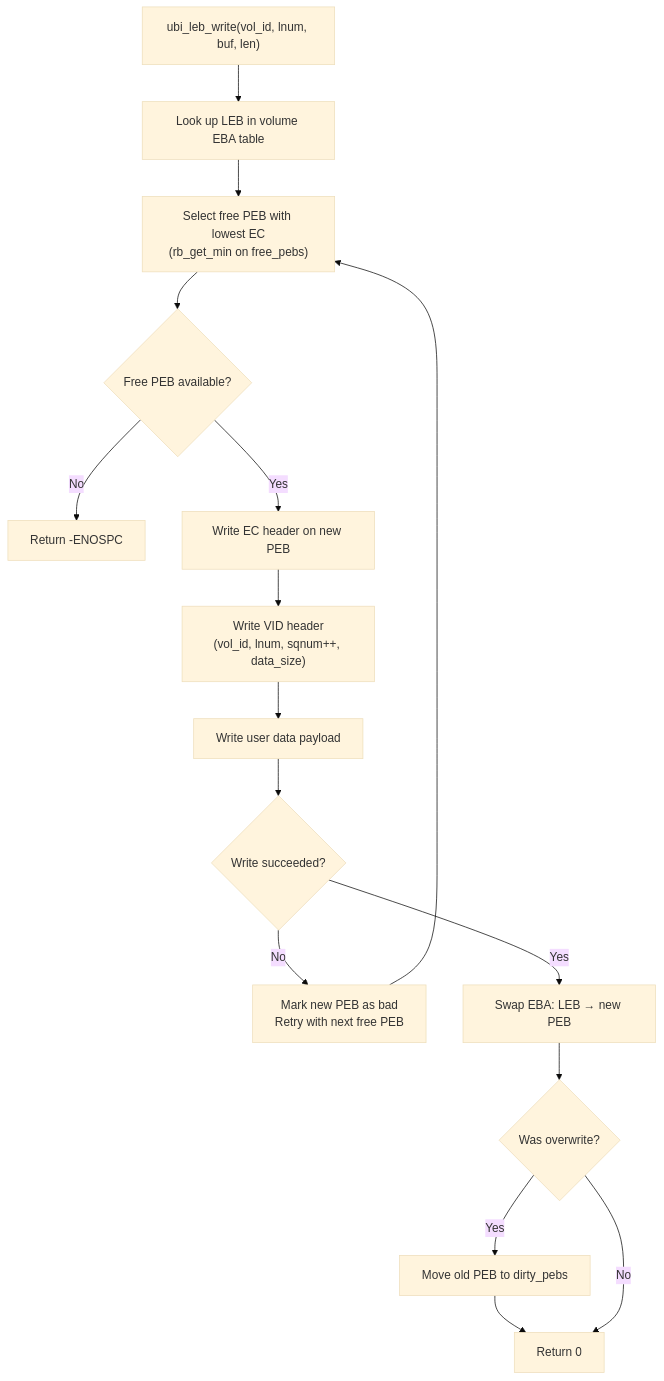
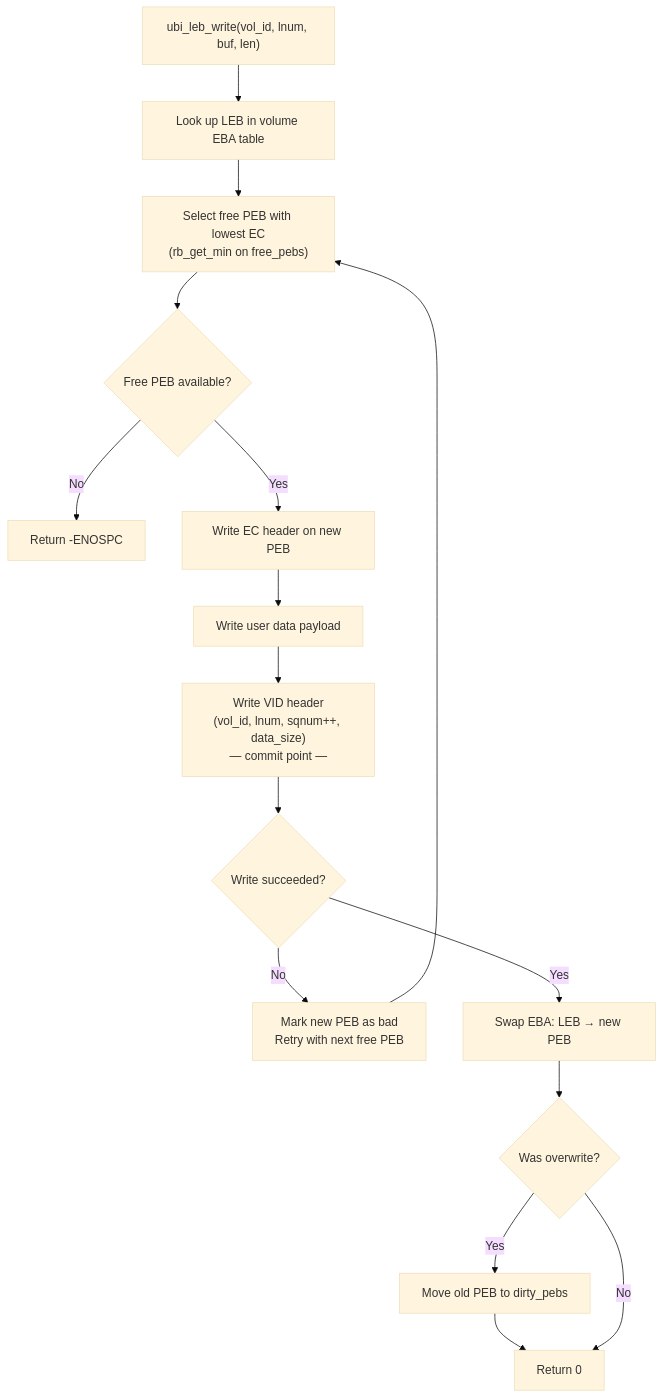
The second of 4 diagrams in doc/architecture.md (kamil-kielbasa/ubi), drawn with Mermaid (base theme) before and after one commit. The commit also changed other lines of this file and 7 other files, not shown here.

````diff
--- a/doc/architecture.md
+++ b/doc/architecture.md
@@ -610,26 +613,26 @@
 ```mermaid
 flowchart TD
     Start["ubi_leb_write(vol_id, lnum, buf, len)"]
     Lookup["Look up LEB in volume EBA table"]
     SelectFree["Select free PEB with lowest EC\n(rb_get_min on free_pebs)"]
     NoFree{"Free PEB available?"}
     ErrNospc["Return -ENOSPC"]
     WriteEC["Write EC header on new PEB"]
-    WriteVID["Write VID header\n(vol_id, lnum, sqnum++, data_size)"]
     WriteData["Write user data payload"]
+    WriteVID["Write VID header\n(vol_id, lnum, sqnum++, data_size)\n— commit point —"]
     WriteFail{"Write succeeded?"}
     MarkBad["Mark new PEB as bad\nRetry with next free PEB"]
     SwapEBA["Swap EBA: LEB → new PEB"]
     WasOverwrite{"Was overwrite?"}
     OldDirty["Move old PEB to dirty_pebs"]
     Done["Return 0"]
 
     Start --> Lookup --> SelectFree
     SelectFree --> NoFree
     NoFree -- No --> ErrNospc
-    NoFree -- Yes --> WriteEC --> WriteVID --> WriteData --> WriteFail
+    NoFree -- Yes --> WriteEC --> WriteData --> WriteVID --> WriteFail
     WriteFail -- No --> MarkBad --> SelectFree
     WriteFail -- Yes --> SwapEBA --> WasOverwrite
     WasOverwrite -- Yes --> OldDirty --> Done
     WasOverwrite -- No --> Done
 ```
````
